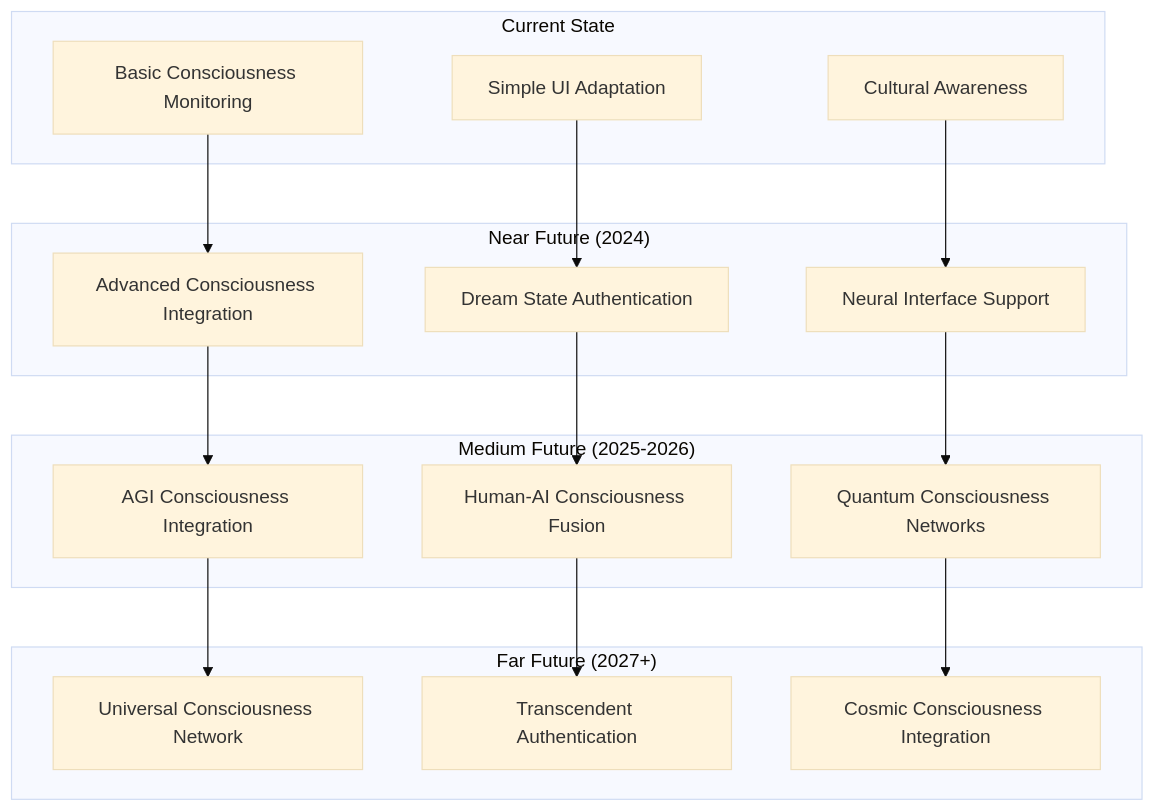
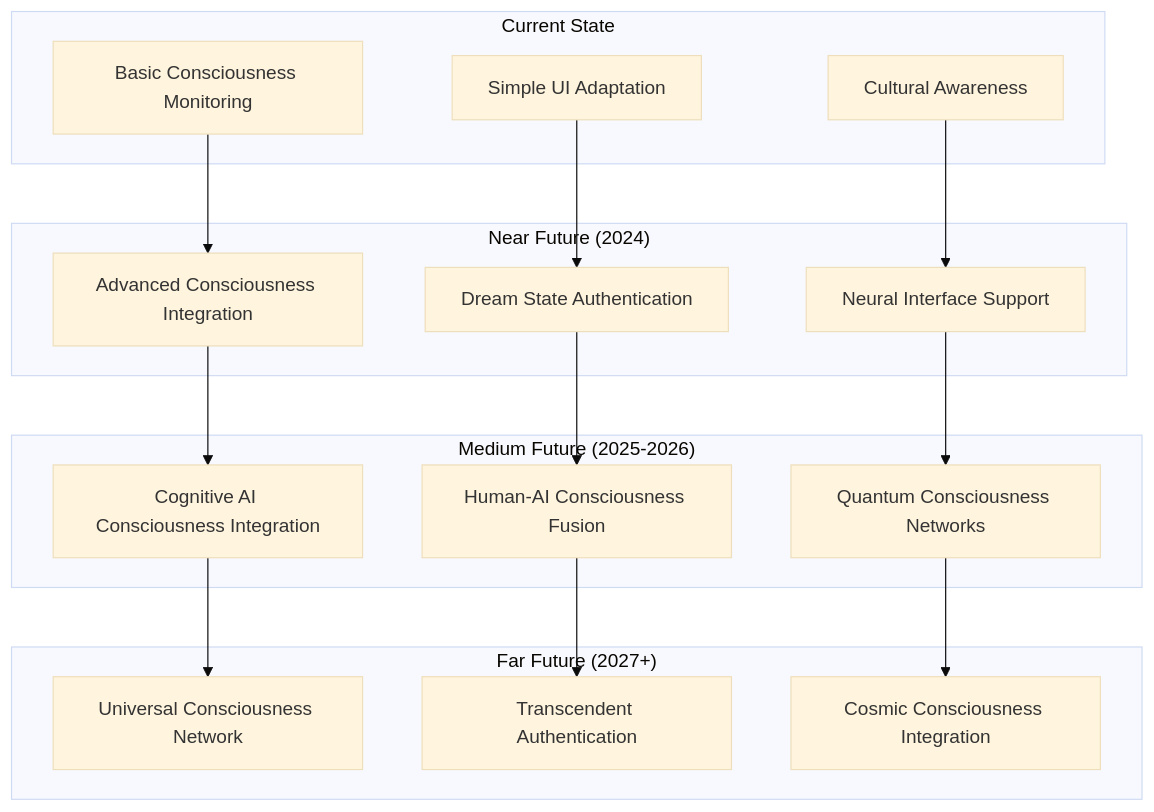
Before and after one commit to LukhasAI/Lukhas: diagram 14 of 14 in candidate/governance/identity/assets/diagrams/README.md, drawn with Mermaid (base theme). The commit also changed 740 other files, not shown here.

First line of the commit message:
refactor(naming): migrate AGI references to Cognitive terminology

````diff
--- a/candidate/governance/identity/assets/diagrams/README.md
+++ b/candidate/governance/identity/assets/diagrams/README.md
@@ -607,38 +607,38 @@
 ```mermaid
 graph TB
     subgraph "Current State"
         BASIC_CONSCIOUSNESS[Basic Consciousness Monitoring]
         SIMPLE_ADAPTATION[Simple UI Adaptation]
         CULTURAL_AWARENESS[Cultural Awareness]
     end
 
     subgraph "Near Future (2024)"
         ADVANCED_CONSCIOUSNESS[Advanced Consciousness Integration]
         DREAM_STATE_AUTH[Dream State Authentication]
         NEURAL_INTERFACE[Neural Interface Support]
     end
 
     subgraph "Medium Future (2025-2026)"
-        AGI_INTEGRATION[AGI Consciousness Integration]
+        AGI_INTEGRATION[Cognitive AI Consciousness Integration]
         HYBRID_CONSCIOUSNESS[Human-AI Consciousness Fusion]
         QUANTUM_CONSCIOUSNESS[Quantum Consciousness Networks]
     end
 
     subgraph "Far Future (2027+)"
         UNIVERSAL_CONSCIOUSNESS[Universal Consciousness Network]
         TRANSCENDENT_AUTH[Transcendent Authentication]
         COSMIC_INTEGRATION[Cosmic Consciousness Integration]
     end
 
     BASIC_CONSCIOUSNESS --> ADVANCED_CONSCIOUSNESS
     SIMPLE_ADAPTATION --> DREAM_STATE_AUTH
     CULTURAL_AWARENESS --> NEURAL_INTERFACE
 
     ADVANCED_CONSCIOUSNESS --> AGI_INTEGRATION
     DREAM_STATE_AUTH --> HYBRID_CONSCIOUSNESS
     NEURAL_INTERFACE --> QUANTUM_CONSCIOUSNESS
 
     AGI_INTEGRATION --> UNIVERSAL_CONSCIOUSNESS
     HYBRID_CONSCIOUSNESS --> TRANSCENDENT_AUTH
     QUANTUM_CONSCIOUSNESS --> COSMIC_INTEGRATION
 ```
````
